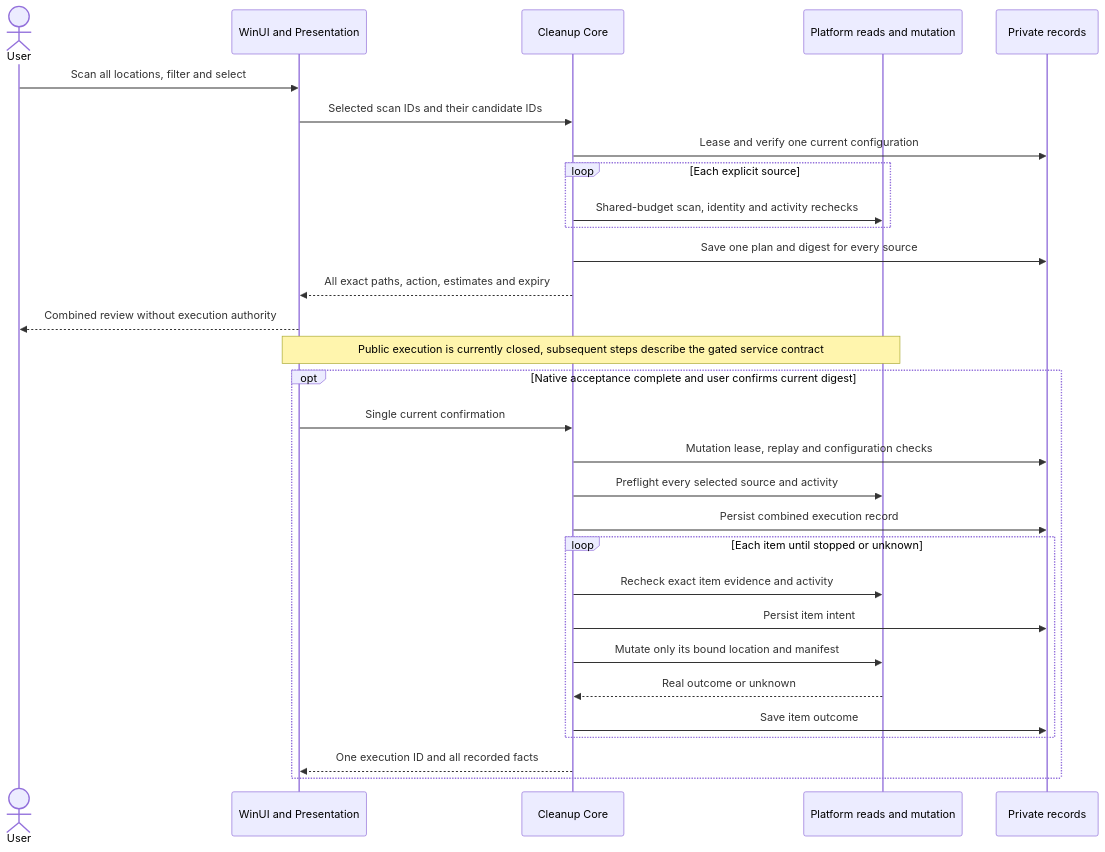
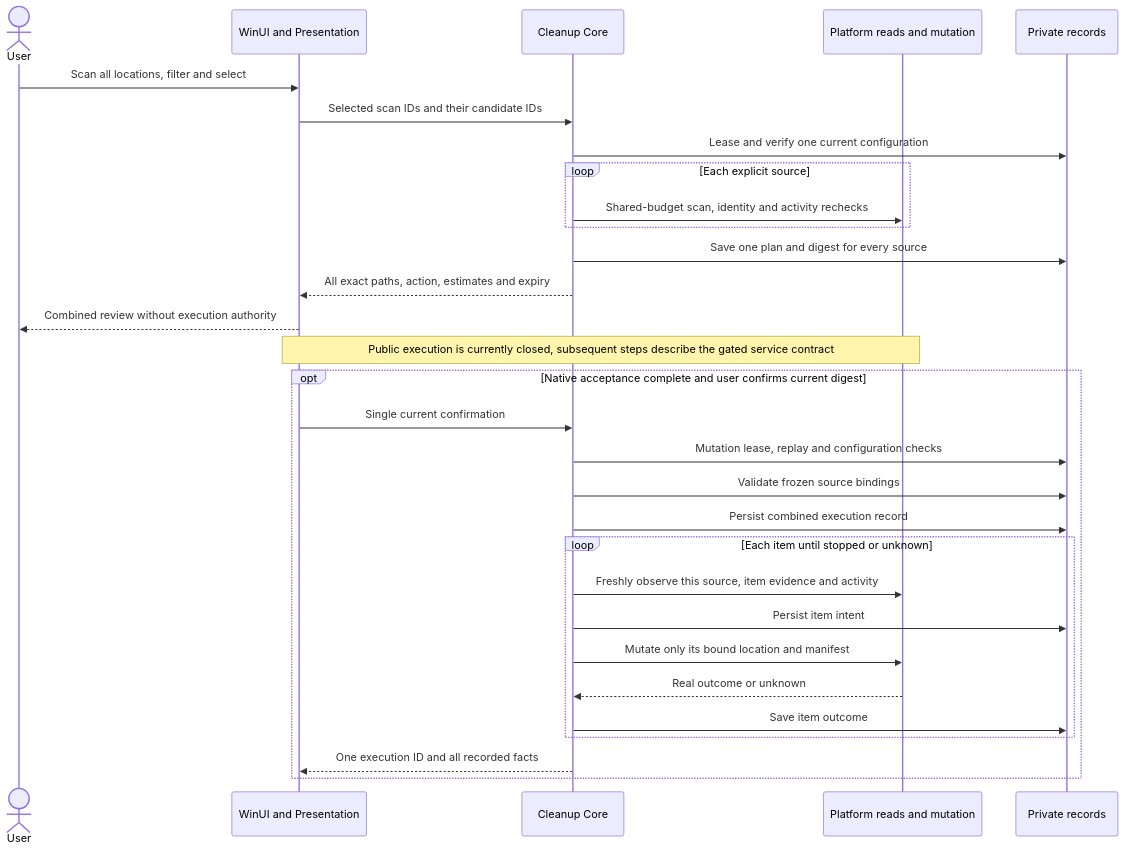
One commit to limecloud/shou changed the second of 5 diagrams in docs/product/unified-cleanup.md. Above: the diagram before and after it, drawn with Mermaid. The commit also changed other lines of this file and 162 other files, not shown here.

````diff
--- a/docs/product/unified-cleanup.md
+++ b/docs/product/unified-cleanup.md
@@ -44,32 +44,32 @@
 ```mermaid
 sequenceDiagram
     actor User
     participant UI as WinUI and Presentation
     participant Core as Cleanup Core
     participant Native as Platform reads and mutation
     participant Store as Private records
     User->>UI: Scan all locations, filter and select
     UI->>Core: Selected scan IDs and their candidate IDs
     Core->>Store: Lease and verify one current configuration
     loop Each explicit source
         Core->>Native: Shared-budget scan, identity and activity rechecks
     end
     Core->>Store: Save one plan and digest for every source
     Core-->>UI: All exact paths, action, estimates and expiry
     UI-->>User: Combined review without execution authority
     Note over UI,Native: Public execution is currently closed, subsequent steps describe the gated service contract
     opt Native acceptance complete and user confirms current digest
         UI->>Core: Single current confirmation
         Core->>Store: Mutation lease, replay and configuration checks
-        Core->>Native: Preflight every selected source and activity
+        Core->>Store: Validate frozen source bindings
         Core->>Store: Persist combined execution record
         loop Each item until stopped or unknown
-            Core->>Native: Recheck exact item evidence and activity
+            Core->>Native: Freshly observe this source, item evidence and activity
             Core->>Store: Persist item intent
             Core->>Native: Mutate only its bound location and manifest
             Native-->>Core: Real outcome or unknown
             Core->>Store: Save item outcome
         end
         Core-->>UI: One execution ID and all recorded facts
     end
 ```
````
